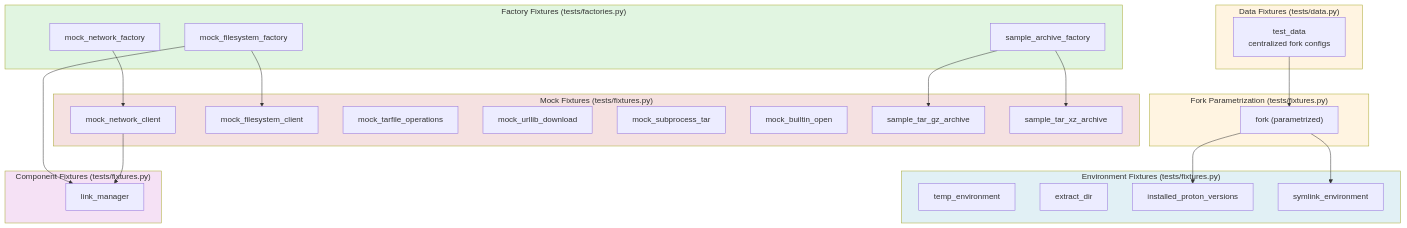
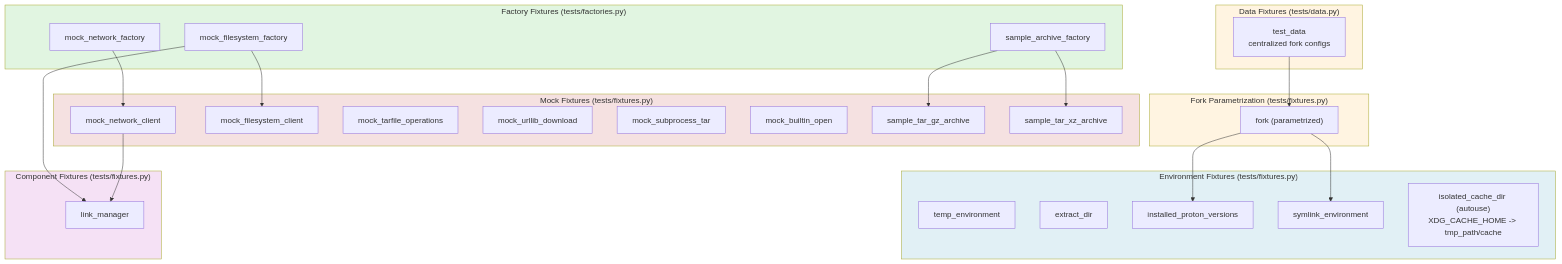
Before and after one commit to WombatFromHell/protonge-fetcher: the fifth of 16 diagrams in tests/TEST_DESIGN.md, drawn with Mermaid. The commit also changed other lines of this file and 11 other files, not shown here.

````diff
--- a/tests/TEST_DESIGN.md
+++ b/tests/TEST_DESIGN.md
@@ -227,57 +230,58 @@
 ```mermaid
 graph TD
     subgraph DATA["Data Fixtures (tests/data.py)"]
         TEST_DATA["test_data<br/>centralized fork configs"]
     end
 
     subgraph FACTORIES["Factory Fixtures (tests/factories.py)"]
         NET_FACTORY["mock_network_factory"]
         FS_FACTORY["mock_filesystem_factory"]
         ARCHIVE_FACTORY["sample_archive_factory"]
     end
 
     subgraph ENVIRONMENT["Environment Fixtures (tests/fixtures.py)"]
         TEMP_ENV["temp_environment"]
         EXTRACT_DIR["extract_dir"]
         INSTALLED["installed_proton_versions"]
         SYMLINK_ENV["symlink_environment"]
+        CACHE["isolated_cache_dir (autouse)<br/>XDG_CACHE_HOME -> tmp_path/cache"]
     end
 
     subgraph FORK_PARAM["Fork Parametrization (tests/fixtures.py)"]
         FORK_FIXTURE["fork (parametrized)"]
     end
 
     subgraph COMPONENTS["Component Fixtures (tests/fixtures.py)"]
         LM_FIXTURE["link_manager"]
     end
 
     subgraph MOCKS["Mock Fixtures (tests/fixtures.py)"]
         NET_CLIENT["mock_network_client"]
         FS_CLIENT["mock_filesystem_client"]
         TAR_OPS["mock_tarfile_operations"]
         URL_DL["mock_urllib_download"]
         SUB_TAR["mock_subprocess_tar"]
         BUILTIN_OPEN["mock_builtin_open"]
         TAR_GZ["sample_tar_gz_archive"]
         TAR_XZ["sample_tar_xz_archive"]
     end
 
     NET_FACTORY --> NET_CLIENT
     FS_FACTORY --> FS_CLIENT
     FS_FACTORY --> LM_FIXTURE
     ARCHIVE_FACTORY --> TAR_GZ
     ARCHIVE_FACTORY --> TAR_XZ
 
     FORK_FIXTURE --> INSTALLED
     FORK_FIXTURE --> SYMLINK_ENV
     TEST_DATA --> FORK_FIXTURE
 
     NET_CLIENT --> LM_FIXTURE
 
     style FACTORIES fill:#e1f5e1
     style ENVIRONMENT fill:#e1f0f5
     style DATA fill:#fff4e1
     style FORK_PARAM fill:#fff4e1
     style COMPONENTS fill:#f5e1f5
     style MOCKS fill:#f5e1e1
 ```
````
